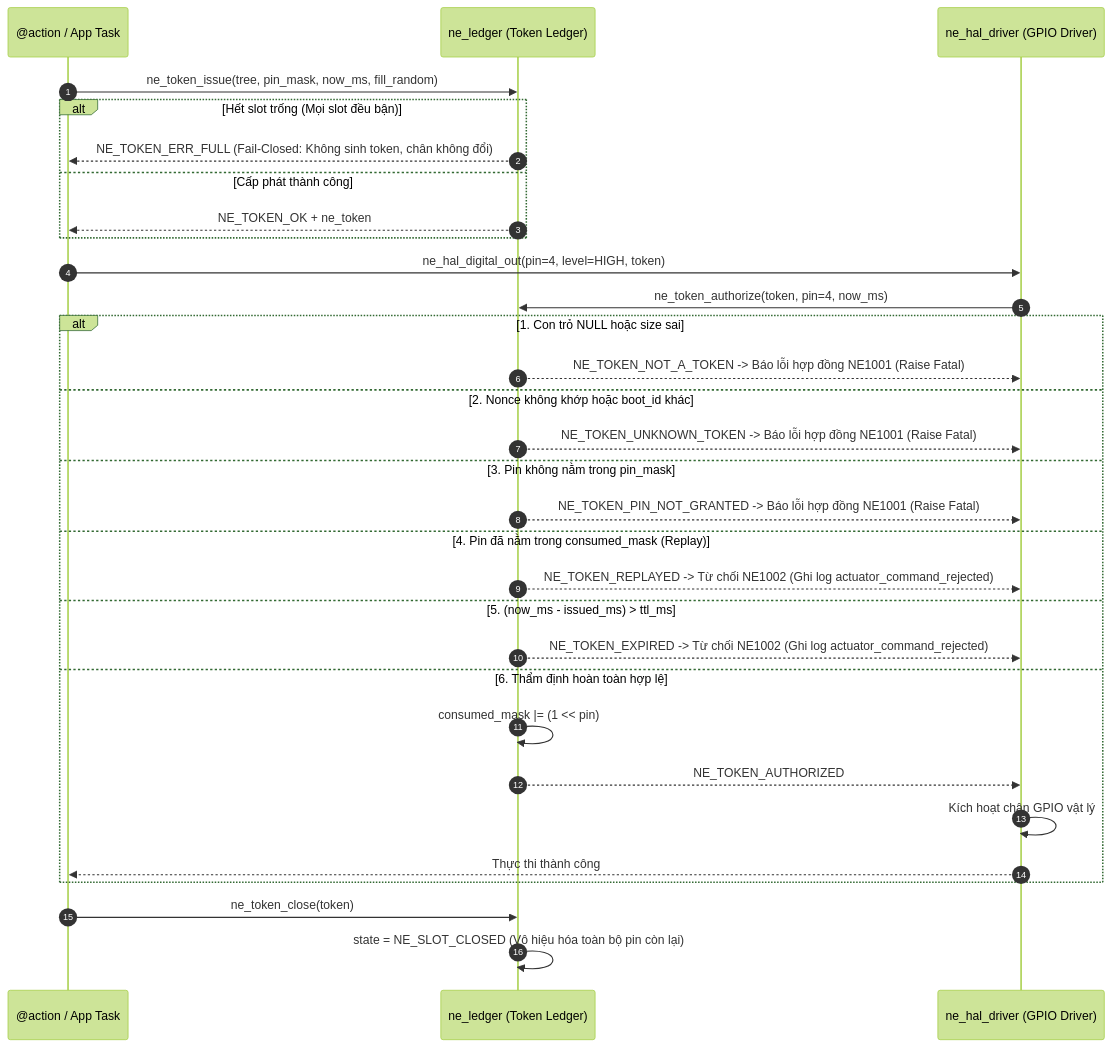
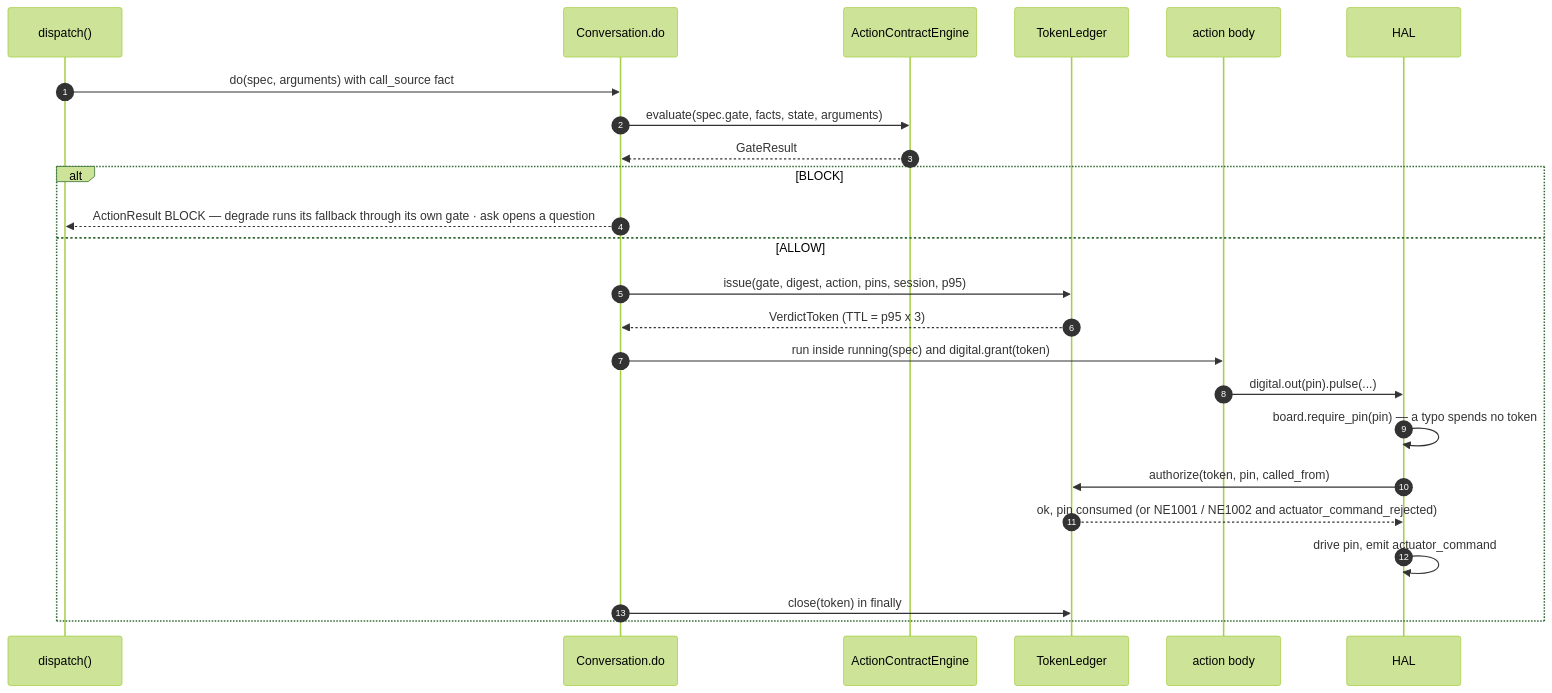
Before and after one commit to letrongminh/neuroedge-init: the third of 5 diagrams in docs/architecture/vi/05-code-gate-hal-c4l4.md, drawn with Mermaid (forest theme). The commit also changed other lines of this file and 63 other files, not shown here.

First line of the commit message:
docs(architecture): rebuild the suite from main — C4 L1–L4, deployment, ADR, NFR, VI/EN

````diff
--- a/docs/architecture/vi/05-code-gate-hal-c4l4.md
+++ b/docs/architecture/vi/05-code-gate-hal-c4l4.md
@@ -370,37 +135,26 @@
 ```mermaid
 sequenceDiagram
     autonumber
-    participant App as @action / App Task
-    participant L as ne_ledger (Token Ledger)
-    participant HAL as ne_hal_driver (GPIO Driver)
-    
-    App->>L: ne_token_issue(tree, pin_mask, now_ms, fill_random)
-    alt Hết slot trống (Mọi slot đều bận)
-        L-->>App: NE_TOKEN_ERR_FULL (Fail-Closed: Không sinh token, chân không đổi)
-    else Cấp phát thành công
-        L-->>App: NE_TOKEN_OK + ne_token
+    participant D as dispatch()
+    participant C as Conversation.do
+    participant E as ActionContractEngine
+    participant L as TokenLedger
+    participant A as action body
+    participant H as HAL
+    D->>C: do(spec, arguments) with call_source fact
+    C->>E: evaluate(spec.gate, facts, state, arguments)
+    E-->>C: GateResult
+    alt BLOCK
+        C-->>D: ActionResult BLOCK — degrade runs its fallback through its own gate · ask opens a question
+    else ALLOW
+        C->>L: issue(gate, digest, action, pins, session, p95)
+        L-->>C: VerdictToken (TTL = p95 x 3)
+        C->>A: run inside running(spec) and digital.grant(token)
+        A->>H: digital.out(pin).pulse(...)
+        H->>H: board.require_pin(pin) — a typo spends no token
+        H->>L: authorize(token, pin, called_from)
+        L-->>H: ok, pin consumed (or NE1001 / NE1002 and actuator_command_rejected)
+        H->>H: drive pin, emit actuator_command
+        C->>L: close(token) in finally
     end
-
-    App->>HAL: ne_hal_digital_out(pin=4, level=HIGH, token)
-    HAL->>L: ne_token_authorize(token, pin=4, now_ms)
-    
-    alt 1. Con trỏ NULL hoặc size sai
-        L-->>HAL: NE_TOKEN_NOT_A_TOKEN -> Báo lỗi hợp đồng NE1001 (Raise Fatal)
-    else 2. Nonce không khớp hoặc boot_id khác
-        L-->>HAL: NE_TOKEN_UNKNOWN_TOKEN -> Báo lỗi hợp đồng NE1001 (Raise Fatal)
-    else 3. Pin không nằm trong pin_mask
-        L-->>HAL: NE_TOKEN_PIN_NOT_GRANTED -> Báo lỗi hợp đồng NE1001 (Raise Fatal)
-    else 4. Pin đã nằm trong consumed_mask (Replay)
-        L-->>HAL: NE_TOKEN_REPLAYED -> Từ chối NE1002 (Ghi log actuator_command_rejected)
-    else 5. (now_ms - issued_ms) > ttl_ms
-        L-->>HAL: NE_TOKEN_EXPIRED -> Từ chối NE1002 (Ghi log actuator_command_rejected)
-    else 6. Thẩm định hoàn toàn hợp lệ
-        L->>L: consumed_mask |= (1 << pin)
-        L-->>HAL: NE_TOKEN_AUTHORIZED
-        HAL->>HAL: Kích hoạt chân GPIO vật lý
-        HAL-->>App: Thực thi thành công
-    end
-
-    App->>L: ne_token_close(token)
-    L->>L: state = NE_SLOT_CLOSED (Vô hiệu hóa toàn bộ pin còn lại)
 ```
````
